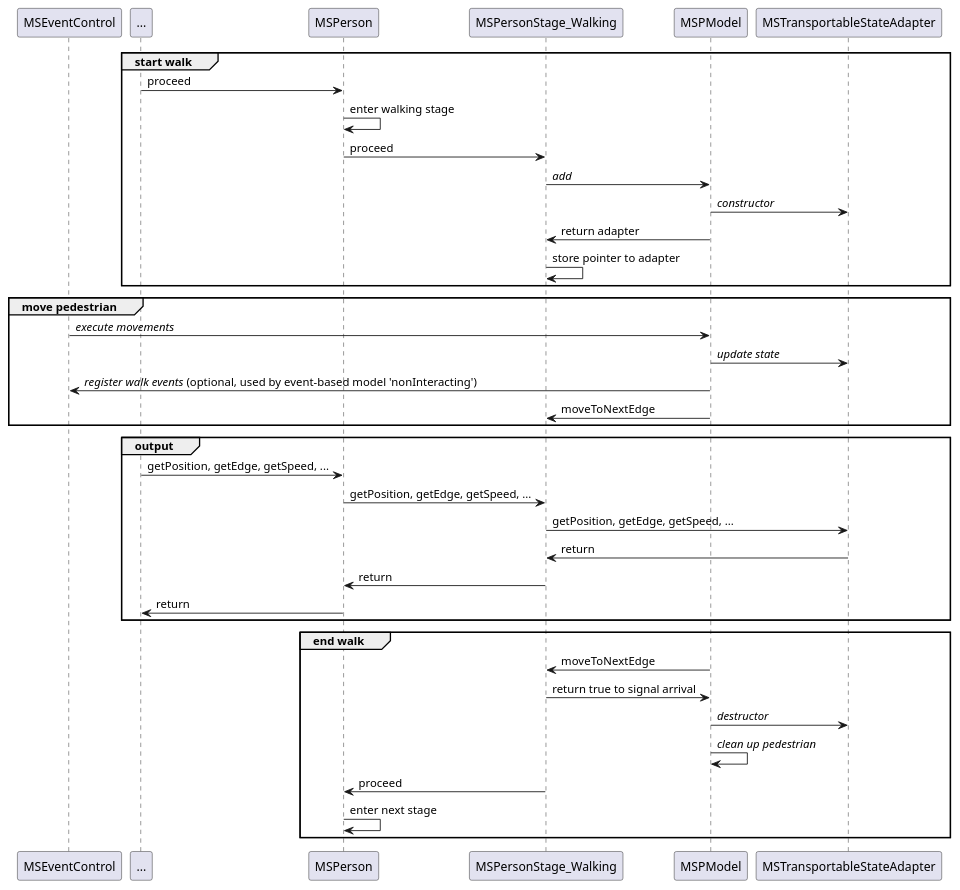
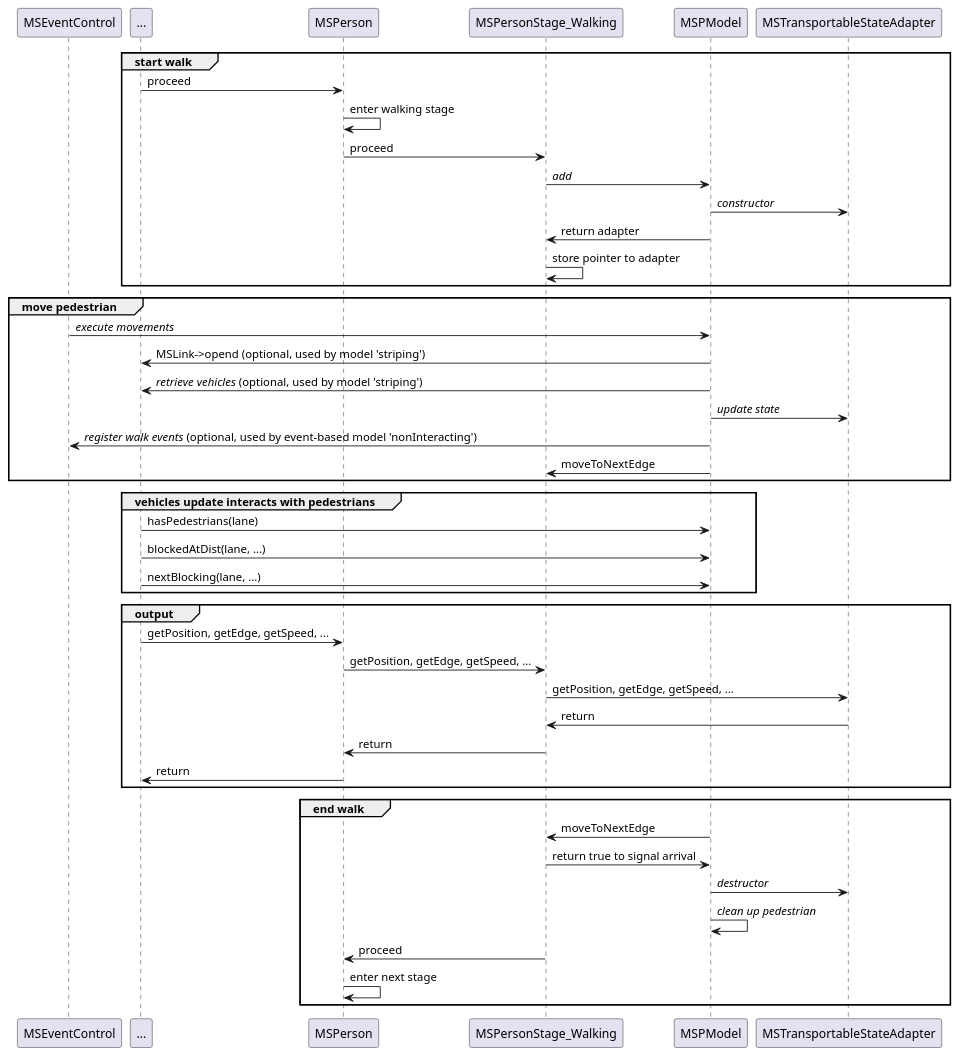
The second of 2 diagrams in docs/web/docs/Developer/Implementation_Notes/Simulation_Loop.md (eclipse-sumo/sumo), drawn with PlantUML before and after one commit.

Commit message:
#2 interaction between pedestrian and vehicular simulation #10157

````diff
--- a/docs/web/docs/Developer/Implementation_Notes/Simulation_Loop.md
+++ b/docs/web/docs/Developer/Implementation_Notes/Simulation_Loop.md
@@ -76,46 +76,54 @@
 ```plantuml
 @startuml
 participant MSEventControl as events
 participant ...
 participant MSPerson as person
 participant MSPersonStage_Walking as walk
 participant MSPModel as model
 participant MSTransportableStateAdapter as adapter
 
 group start walk
 ... -> person : proceed
 person -> person : enter walking stage
 person -> walk : proceed
 walk -> model : //add//
 model -> adapter : //constructor//
 model -> walk : return adapter
 walk -> walk : store pointer to adapter
 end
 
 group move pedestrian
 events -> model : //execute movements//
+model -> ... : MSLink->opend (optional, used by model 'striping')
+model -> ... : //retrieve vehicles// (optional, used by model 'striping')
 model -> adapter : //update state//
 model -> events : //register walk events// (optional, used by event-based model 'nonInteracting')
 model -> walk : moveToNextEdge
+end
+
+group vehicles update interacts with pedestrians
+... -> model : hasPedestrians(lane)
+... -> model : blockedAtDist(lane, ...)
+... -> model : nextBlocking(lane, ...)
 end
 
 group output
 ... -> person : getPosition, getEdge, getSpeed, ...
 person -> walk : getPosition, getEdge, getSpeed, ...
 walk -> adapter : getPosition, getEdge, getSpeed, ...
 adapter -> walk : return
 walk -> person : return
 person -> ... : return
 end
 
 group end walk
 model -> walk : moveToNextEdge
 walk -> model : return true to signal arrival
 model -> adapter : //destructor//
 model -> model : //clean up pedestrian//
 walk -> person : proceed
 person -> person : enter next stage
 end
 
 @enduml
 ```
````
